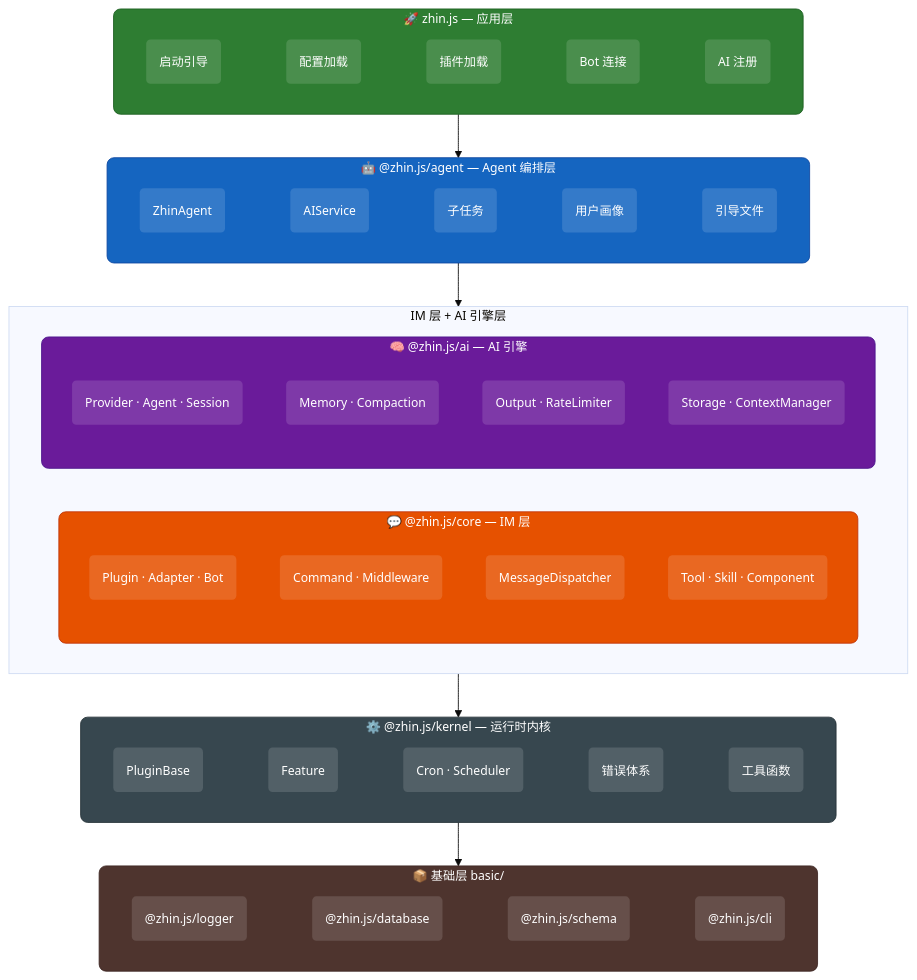
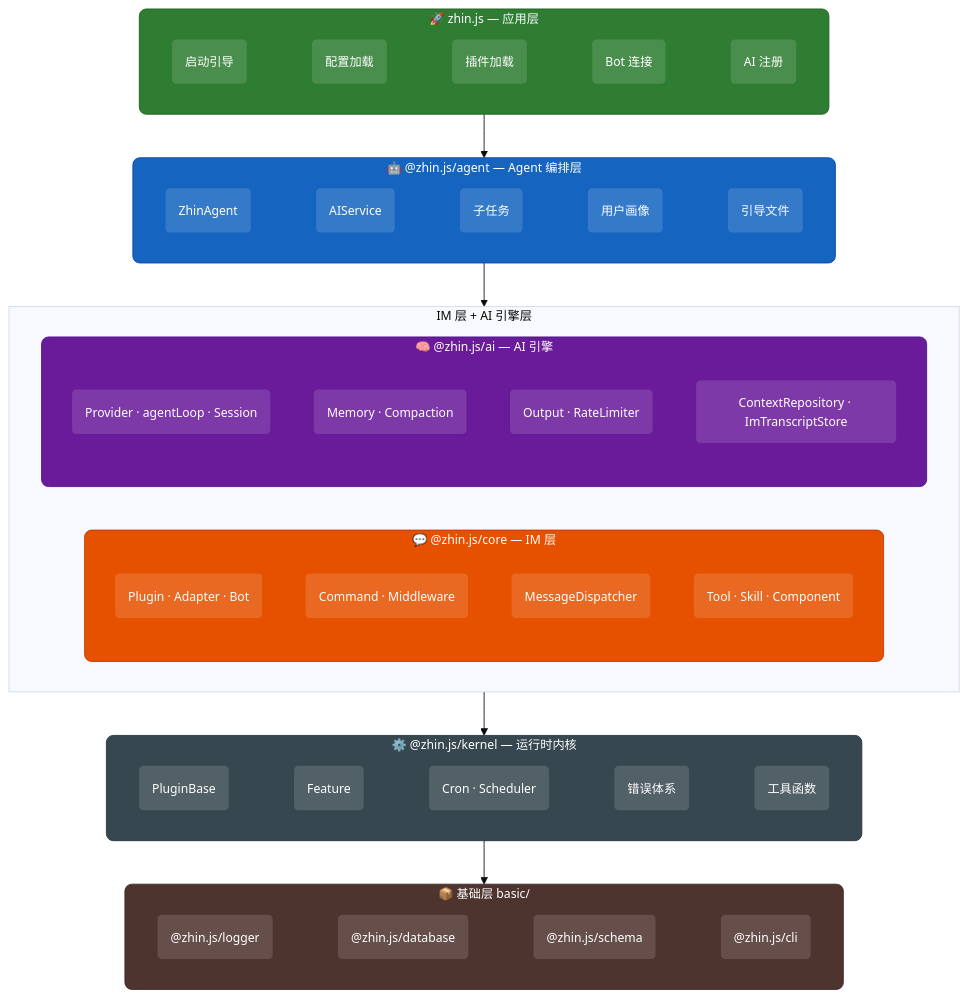
Before and after one commit to zhinjs/zhin: the first of 4 diagrams in docs/architecture-overview.md, drawn with Mermaid. The commit also changed other lines of this file and 115 other files, not shown here.

First line of the commit message:
docs: enhance AI module documentation and update architecture references

````diff
--- a/docs/architecture-overview.md
+++ b/docs/architecture-overview.md
@@ -7,62 +7,62 @@
 ```mermaid
 %%{init: {'theme': 'base', 'themeVariables': { 'fontSize': '14px' }}}%%
 graph TB
   subgraph L5["🚀 zhin.js — 应用层"]
     direction LR
     L5A("启动引导") ~~~ L5B("配置加载") ~~~ L5C("插件加载") ~~~ L5D("Bot 连接") ~~~ L5E("AI 注册")
   end
 
   subgraph L4["🤖 @zhin.js/agent — Agent 编排层"]
     direction LR
     L4A("ZhinAgent") ~~~ L4B("AIService") ~~~ L4C("子任务") ~~~ L4D("用户画像") ~~~ L4E("引导文件")
   end
 
   subgraph L3["IM 层 + AI 引擎层"]
     direction LR
     subgraph L3A["💬 @zhin.js/core — IM 层"]
       direction TB
       C1("Plugin · Adapter · Bot")
       C2("Command · Middleware")
       C3("MessageDispatcher")
       C4("Tool · Skill · Component")
     end
     subgraph L3B["🧠 @zhin.js/ai — AI 引擎"]
       direction TB
-      A1("Provider · Agent · Session")
+      A1("Provider · agentLoop · Session")
       A2("Memory · Compaction")
       A3("Output · RateLimiter")
-      A4("Storage · ContextManager")
+      A4("ContextRepository · ImTranscriptStore")
     end
   end
 
   subgraph L2["⚙️ @zhin.js/kernel — 运行时内核"]
     direction LR
     L2A("PluginBase") ~~~ L2B("Feature") ~~~ L2C("Cron · Scheduler") ~~~ L2D("错误体系") ~~~ L2E("工具函数")
   end
 
   subgraph L1["📦 基础层 basic/"]
     direction LR
     L1A("@zhin.js/logger") ~~~ L1B("@zhin.js/database") ~~~ L1C("@zhin.js/schema") ~~~ L1D("@zhin.js/cli")
   end
 
   L5 --> L4
   L4 --> L3
   L3 --> L2
   L2 --> L1
 
   classDef appLayer fill:#2e7d32,stroke:#1b5e20,color:#fff,rx:8
   classDef agentLayer fill:#1565c0,stroke:#0d47a1,color:#fff,rx:8
   classDef coreLayer fill:#e65100,stroke:#bf360c,color:#fff,rx:8
   classDef aiLayer fill:#6a1b9a,stroke:#4a148c,color:#fff,rx:8
   classDef kernelLayer fill:#37474f,stroke:#263238,color:#fff,rx:8
   classDef basicLayer fill:#4e342e,stroke:#3e2723,color:#fff,rx:8
   classDef nodeStyle fill:#ffffff22,stroke:none,color:#fff
 
   class L5 appLayer
   class L4 agentLayer
   class L3A coreLayer
   class L3B aiLayer
   class L2 kernelLayer
   class L1 basicLayer
   class L5A,L5B,L5C,L5D,L5E,L4A,L4B,L4C,L4D,L4E,L2A,L2B,L2C,L2D,L2E,L1A,L1B,L1C,L1D,C1,C2,C3,C4,A1,A2,A3,A4 nodeStyle
 ```
````
